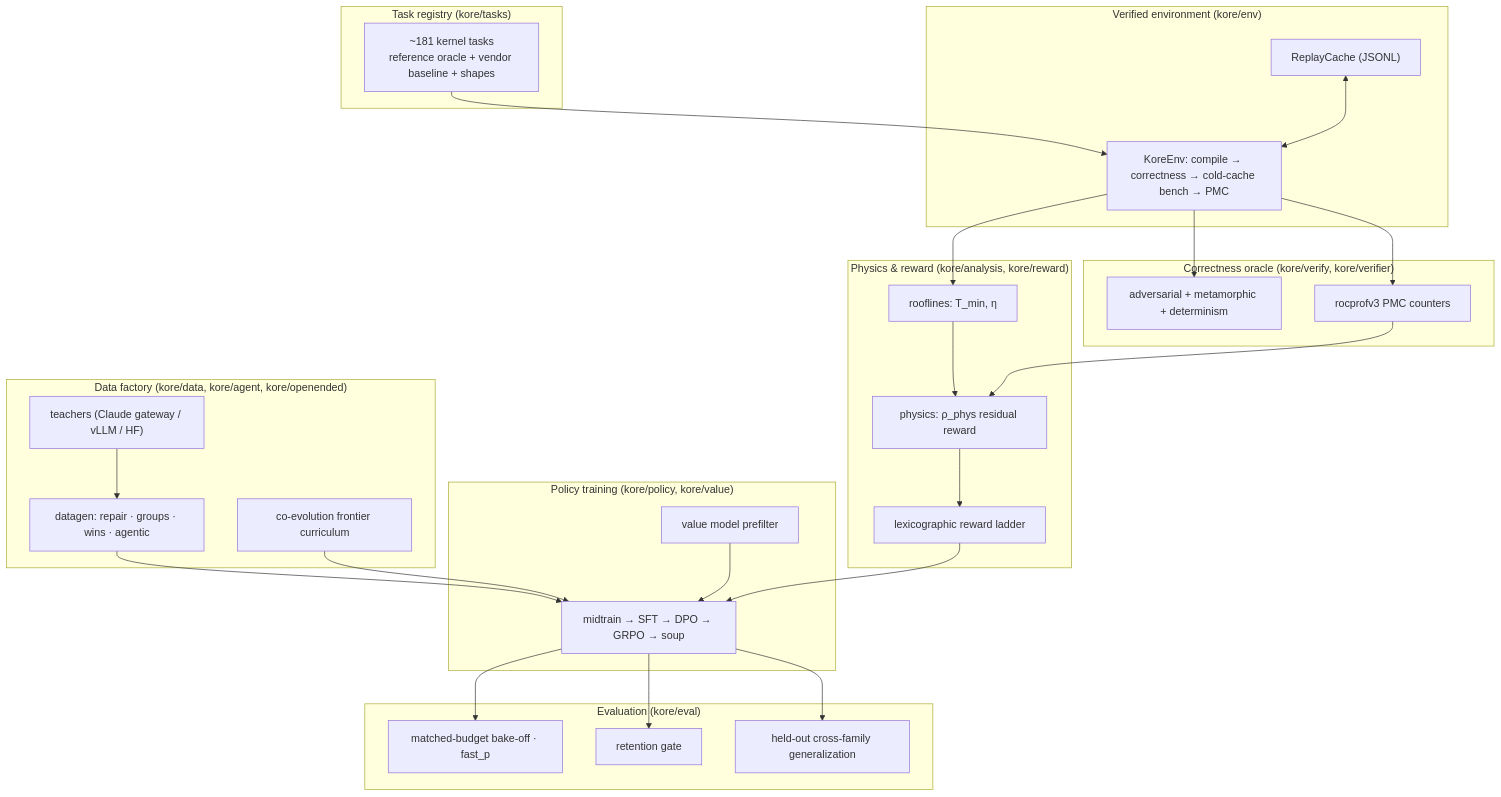
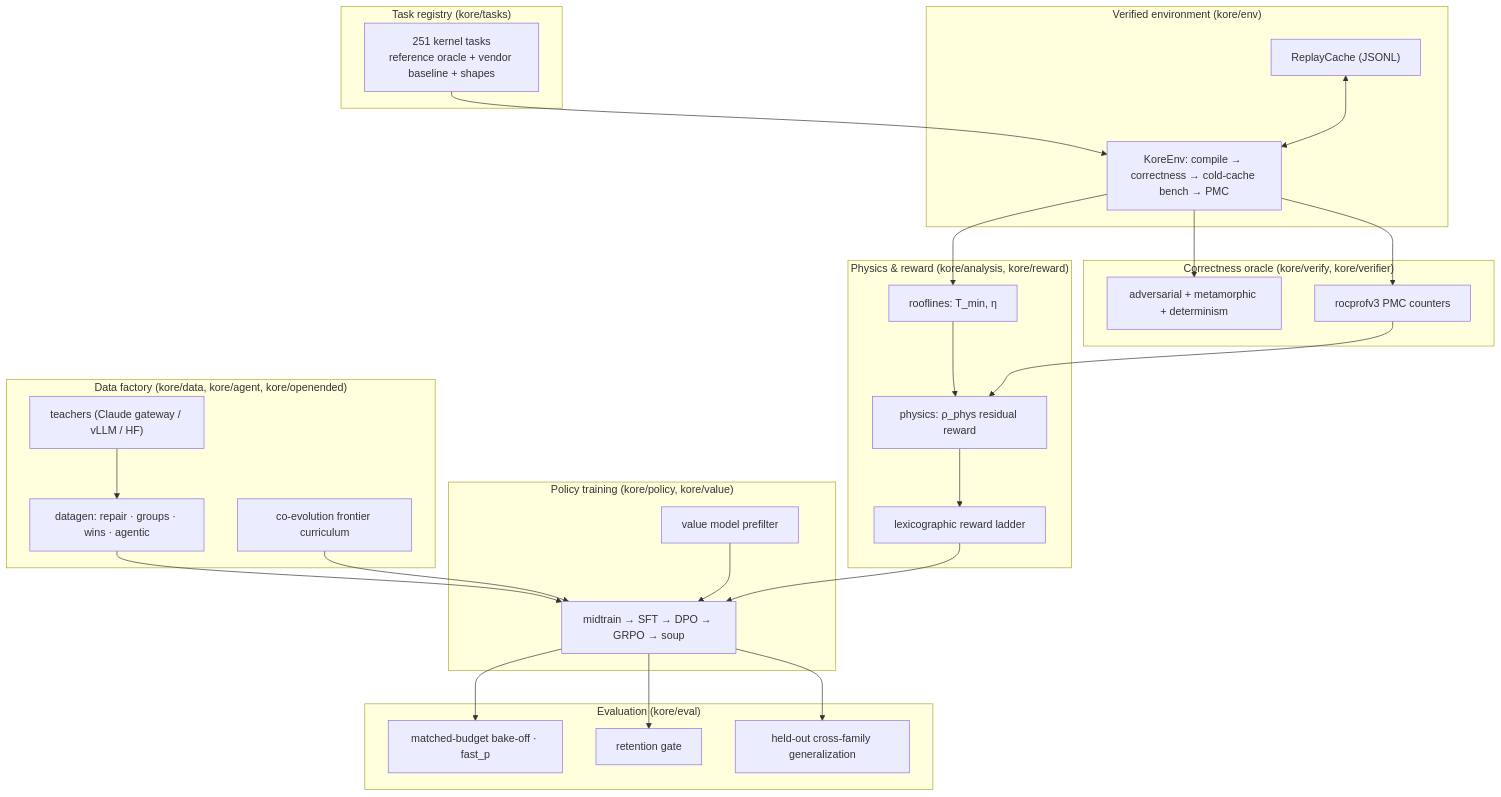
Before and after one commit to amd-shasriva/KORE: the first of 2 diagrams in README.md, drawn with Mermaid. The commit also changed other lines of this file and 47 other files, not shown here.

````diff
--- a/README.md
+++ b/README.md
@@ -84,44 +84,44 @@
 ```mermaid
 flowchart TB
   subgraph reg["Task registry (kore/tasks)"]
-    T["~181 kernel tasks<br/>reference oracle + vendor baseline + shapes"]
+    T["251 kernel tasks<br/>reference oracle + vendor baseline + shapes"]
   end
   subgraph env["Verified environment (kore/env)"]
     KE["KoreEnv: compile → correctness → cold-cache bench → PMC"]
     RC["ReplayCache (JSONL)"]
   end
   subgraph sci["Physics & reward (kore/analysis, kore/reward)"]
     RF["rooflines: T_min, η"]
     PH["physics: ρ_phys residual reward"]
     RW["lexicographic reward ladder"]
   end
   subgraph verify["Correctness oracle (kore/verify, kore/verifier)"]
     OR["adversarial + metamorphic + determinism"]
     PMC["rocprofv3 PMC counters"]
   end
   subgraph data["Data factory (kore/data, kore/agent, kore/openended)"]
     TE["teachers (Claude gateway / vLLM / HF)"]
     DG["datagen: repair · groups · wins · agentic"]
     CO["co-evolution frontier curriculum"]
   end
   subgraph train["Policy training (kore/policy, kore/value)"]
     ST["midtrain → SFT → DPO → GRPO → soup"]
     VM["value model prefilter"]
   end
   subgraph eval["Evaluation (kore/eval)"]
     BO["matched-budget bake-off · fast_p"]
     RG["retention gate"]
     GN["held-out cross-family generalization"]
   end
   T --> KE --> RF --> PH --> RW
   KE --> OR
   KE --> PMC --> PH
   RC <--> KE
   TE --> DG --> ST
   CO --> ST
   VM --> ST
   RW --> ST
   ST --> BO
   ST --> RG
   ST --> GN
 ```
````
